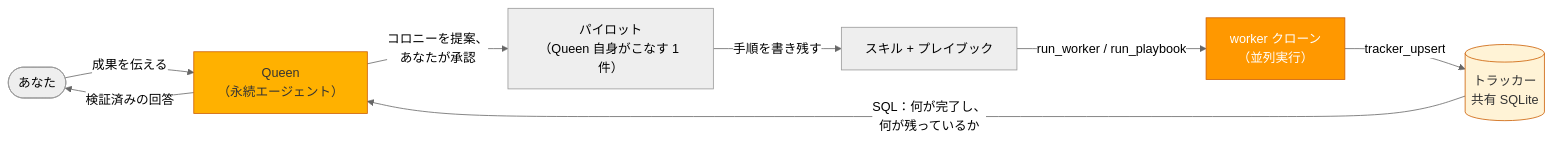
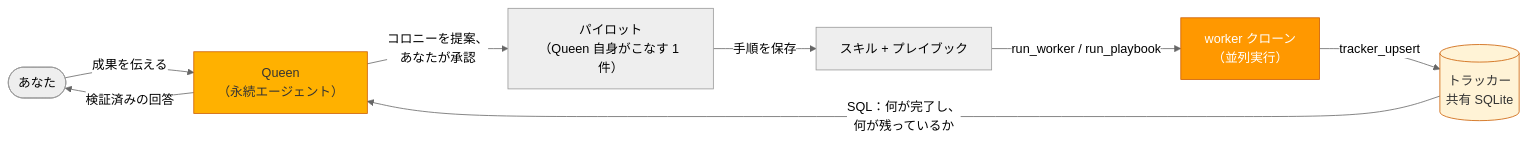
One commit to 23821/hive changed the diagram in docs/i18n/ja.md. Above: the diagram before and after it, drawn with Mermaid (neutral theme). The commit also changed other lines of this file and 6 other files, not shown here.

````diff
--- a/docs/i18n/ja.md
+++ b/docs/i18n/ja.md
@@ -76,14 +79,14 @@
 ```mermaid
 flowchart LR
     You(["あなた"]) -->|"成果を伝える"| Queen["Queen<br/>（永続エージェント）"]
     Queen -->|"コロニーを提案、<br/>あなたが承認"| Pilot["パイロット<br/>（Queen 自身がこなす 1 件）"]
-    Pilot -->|"手順を書き残す"| Skill["スキル + プレイブック"]
+    Pilot -->|"手順を保存"| Skill["スキル + プレイブック"]
     Skill -->|"run_worker / run_playbook"| W["worker クローン<br/>（並列実行）"]
     W -->|"tracker_upsert"| T[("トラッカー<br/>共有 SQLite")]
     T -->|"SQL：何が完了し、<br/>何が残っているか"| Queen
     Queen -->|"検証済みの回答"| You
 
     style Queen fill:#ffb100,stroke:#cc5d00,color:#333
     style T fill:#fff3d6,stroke:#cc5d00,color:#333
     style W fill:#ff9800,stroke:#cc5d00,color:#fff
 ```
````
